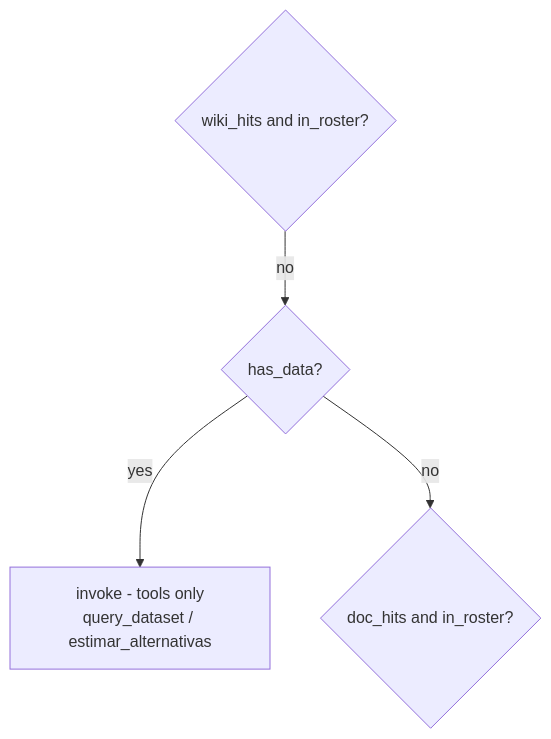
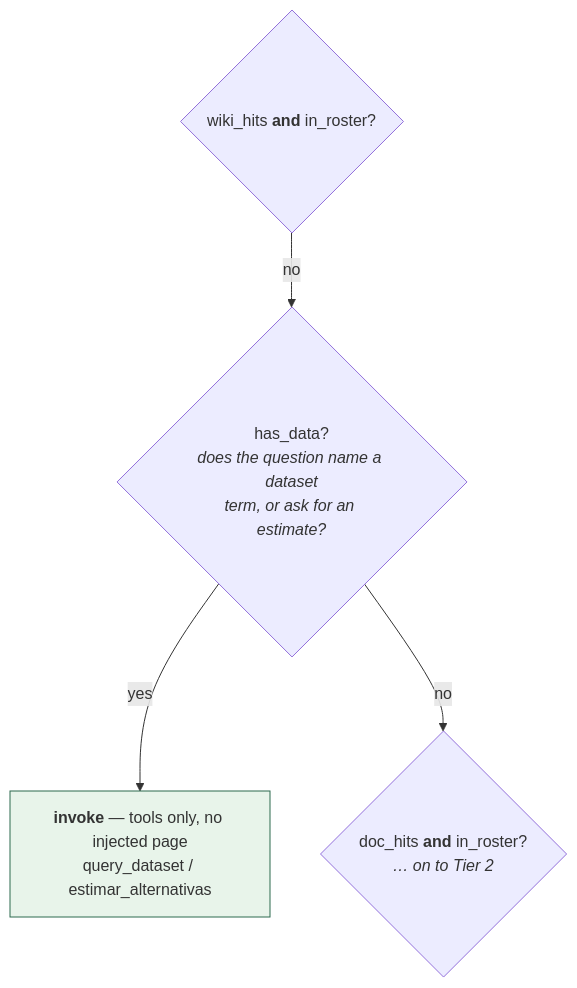
Before and after one commit to Clod/llmwiki-marimo: the third of 4 diagrams in docs/query_walkthrough.md, drawn with Mermaid. The commit also changed other lines of this file and 5 other files, not shown here.

````diff
--- a/docs/query_walkthrough.md
+++ b/docs/query_walkthrough.md
@@ -336,6 +501,8 @@
 ```mermaid
 flowchart TD
-    T1{"wiki_hits and in_roster?"} -->|no| DATA{"has_data?"}
-    DATA -->|yes| TOOLS["invoke - tools only<br/>query_dataset / estimar_alternativas"]
-    DATA -->|no| T2{"doc_hits and in_roster?"}
+    T1{"wiki_hits <b>and</b> in_roster?"} -->|no| DATA{"has_data?<br/><i>does the question name a dataset<br/>term, or ask for an estimate?</i>"}
+    DATA -->|yes| TOOLS["<b>invoke</b> — tools only, no injected page<br/>query_dataset / estimar_alternativas"]
+    DATA -->|no| T2{"doc_hits <b>and</b> in_roster?<br/><i>… on to Tier 2</i>"}
+
+    style TOOLS fill:#e8f4ea,stroke:#2d6a4f
 ```
````
